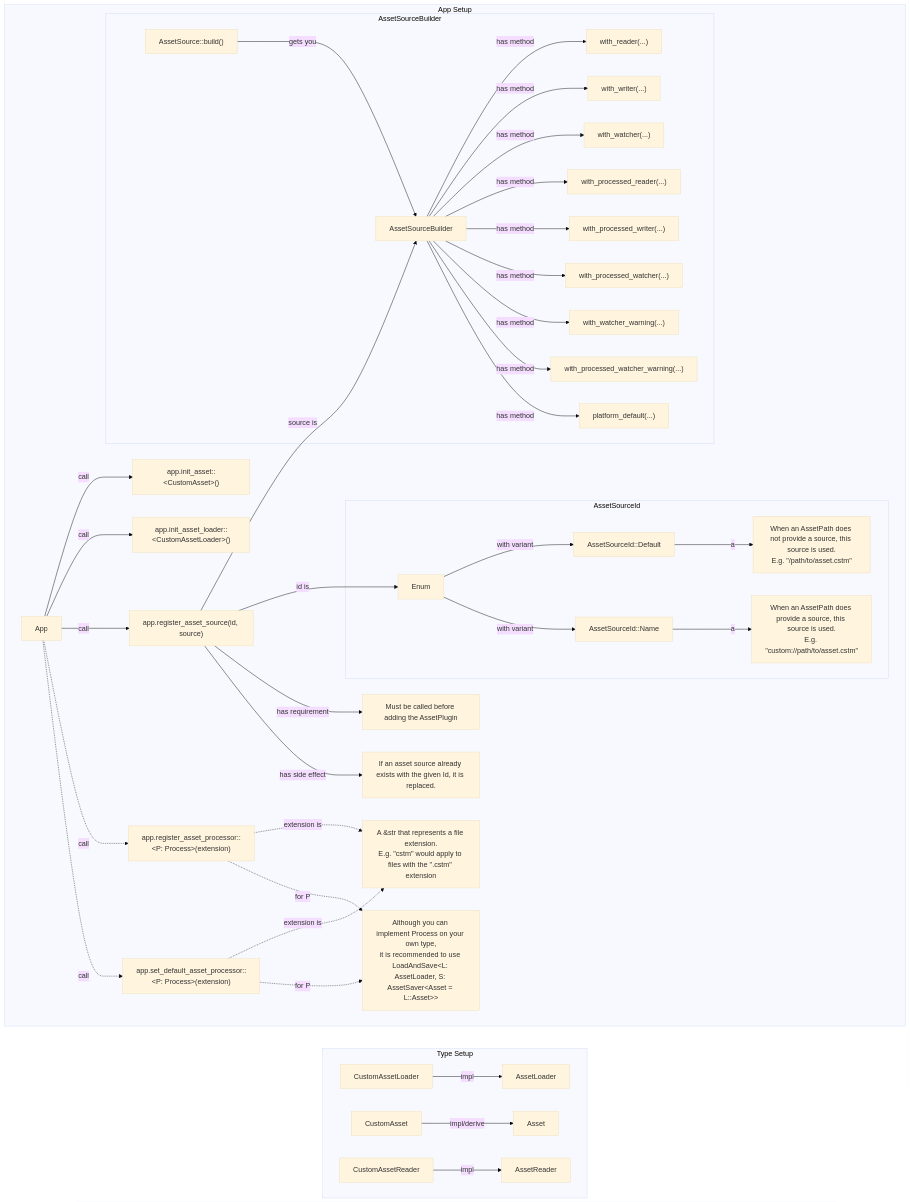
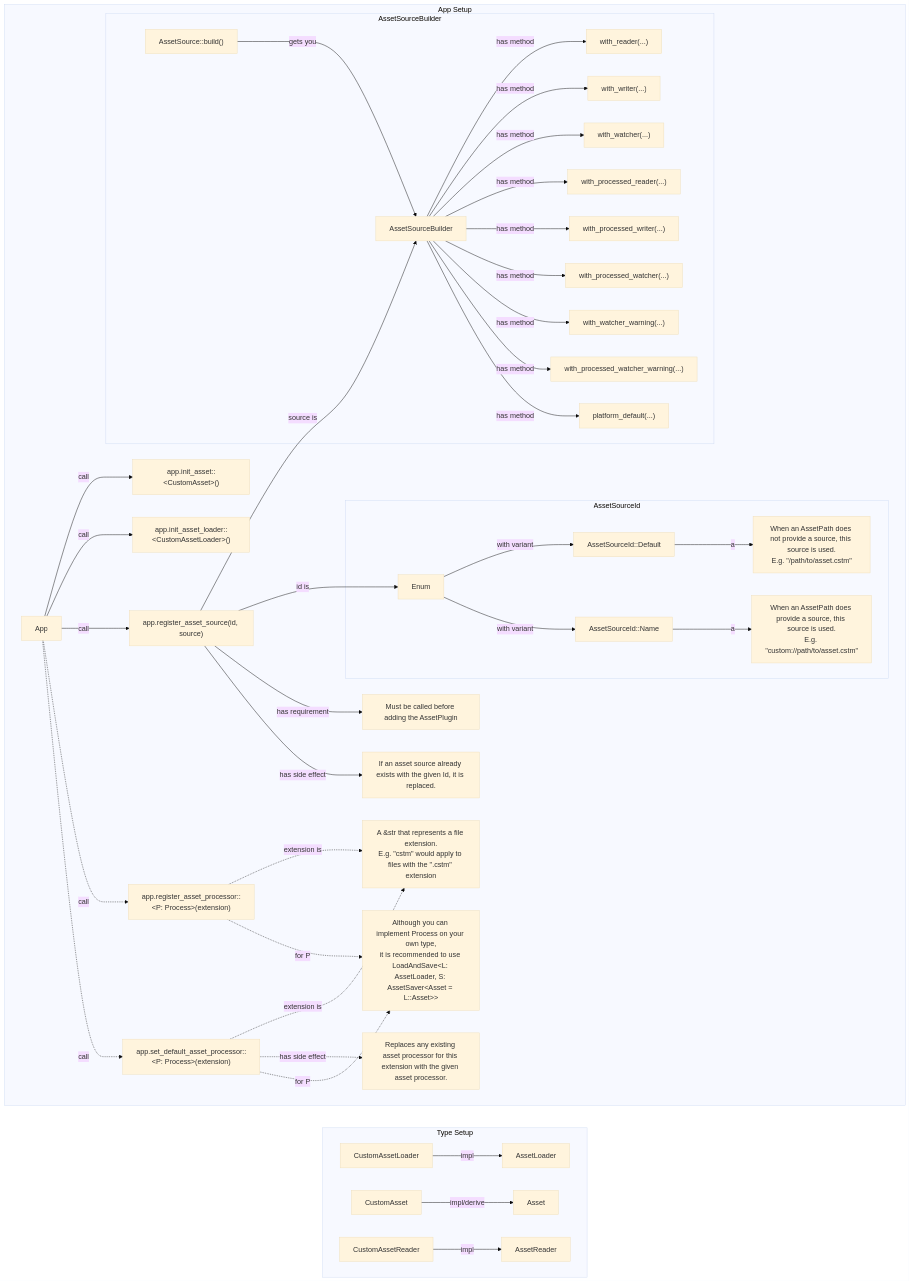
The diagram in README.md (thepackett/BevyAssetsScratchpad), drawn with Mermaid (base theme) before and after one commit.

Commit message:
Added note on side effect for set_default_asset_processor

````diff
--- a/README.md
+++ b/README.md
@@ -4,77 +4,79 @@
 ```mermaid
 graph TD
 subgraph AppSetup[App Setup]
   direction LR
   app -->|call| init_asset
   app -->|call| init_asset_loader
   app -->|call| register_asset_source
   app -.->|call| register_asset_processor
   app -.->|call| set_default_asset_processor
   register_asset_source -->|id is| asset_source_id
   register_asset_source -->|source is| asset_source_builder
   register_asset_source -->|has requirement| register_asset_source_note_requirement
   register_asset_source -->|has side effect| register_asset_source_note_side_effect
   register_asset_processor -.->|extension is| asset_processor_extension
   register_asset_processor -.->|for P| processor_note
   set_default_asset_processor -.->|extension is| asset_processor_extension
+  set_default_asset_processor -.->|has side effect| set_default_asset_processor_side_effect
   set_default_asset_processor -.->|for P| processor_note
   app["App"]
   init_asset["app.init_asset::&lt;CustomAsset&gt;()"]
   init_asset_loader["app.init_asset_loader::&lt;CustomAssetLoader&gt;()"]
   register_asset_source["app.register_asset_source(id, source)"]
   register_asset_processor["app.register_asset_processor::&lt;P: Process&gt;(extension)"]
   set_default_asset_processor["app.set_default_asset_processor::&lt;P: Process&gt;(extension)"]
+  set_default_asset_processor_side_effect["Replaces any existing asset processor for this extension with the given asset processor."]
   register_asset_source_note_requirement["Must be called before adding the AssetPlugin"]
   register_asset_source_note_side_effect["If an asset source already exists with the given Id, it is replaced."]
   asset_processor_extension["A &str that represents a file extension.\nE.g. &quot;cstm&quot; would apply to files with the &quot;.cstm&quot; extension"]
   processor_note["Although you can implement Process on your own type,\nit is recommended to use LoadAndSave&lt;L: AssetLoader, S: AssetSaver&lt;Asset = L::Asset&gt;&gt;"]
   subgraph AssetSourceId
     asset_source_id -->|with variant| asset_source_id_default
     asset_source_id -->|with variant| asset_source_id_name
     asset_source_id_default -->|a| asset_source_id_default_explanation
     asset_source_id_name -->|a| asset_source_id_name_explanation
     asset_source_id["Enum"]
     asset_source_id_default["AssetSourceId::Default"]
     asset_source_id_name["AssetSourceId::Name"]
     asset_source_id_default_explanation["When an AssetPath does not provide a source, this source is used.\nE.g. &quot;/path/to/asset.cstm&quot;"]
     asset_source_id_name_explanation["When an AssetPath does provide a source, this source is used.\nE.g. &quot;custom://path/to/asset.cstm&quot;"]
   end
   subgraph AssetSourceBuilder
     asset_source_builder_get -->|gets you| asset_source_builder
     asset_source_builder -->|has method| asset_source_builder_with_reader
     asset_source_builder -->|has method| asset_source_builder_with_writer
     asset_source_builder -->|has method| asset_source_builder_with_watcher
     asset_source_builder -->|has method| asset_source_builder_with_processed_reader
     asset_source_builder -->|has method| asset_source_builder_with_processed_writer
     asset_source_builder -->|has method| asset_source_builder_with_processed_watcher
     asset_source_builder -->|has method| asset_source_builder_with_watcher_warning
     asset_source_builder -->|has method| asset_source_builder_with_processed_watcher_warning
     asset_source_builder -->|has method| asset_source_builder_platform_default
 
     asset_source_builder["AssetSourceBuilder"]
     asset_source_builder_get["AssetSource::build()"]
     asset_source_builder_with_reader["with_reader(...)"]
     asset_source_builder_with_writer["with_writer(...)"]
     asset_source_builder_with_watcher["with_watcher(...)"]
     asset_source_builder_with_processed_reader["with_processed_reader(...)"]
     asset_source_builder_with_processed_writer["with_processed_writer(...)"]
     asset_source_builder_with_processed_watcher["with_processed_watcher(...)"]
     asset_source_builder_with_watcher_warning["with_watcher_warning(...)"]
     asset_source_builder_with_processed_watcher_warning["with_processed_watcher_warning(...)"]
     asset_source_builder_platform_default["platform_default(...)"]
   end
 end
 subgraph TypeSetup[Type Setup]
   direction LR
   custom_asset_loader -->|impl| asset_loader
   custom_asset -->|impl/derive| asset
   custom_asset_reader -->|impl| asset_reader
   custom_asset_loader["CustomAssetLoader"]
   custom_asset_reader["CustomAssetReader"]
   asset_loader["AssetLoader"]
   asset_reader["AssetReader"]
   custom_asset["CustomAsset"]
   asset["Asset"]
 end
 AppSetup ~~~ TypeSetup
 ```
````
